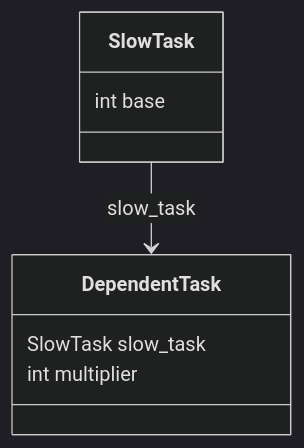
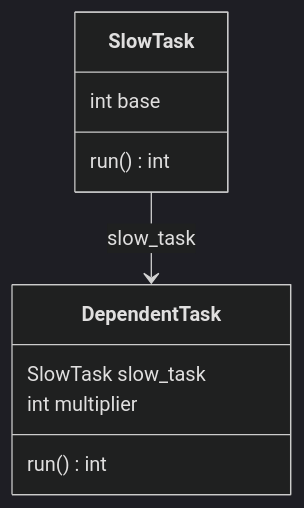
Before and after one commit to ben-denham/labtech: the diagram in README.md, drawn with Mermaid (dark theme). The commit also changed other lines of this file and 3 other files, not shown here.

Commit message:
Add run method with return type to diagrams.

````diff
--- a/README.md
+++ b/README.md
@@ -164,14 +164,16 @@
 ```mermaid
 classDiagram
     direction BT
 
     class DependentTask
     DependentTask : SlowTask slow_task
     DependentTask : int multiplier
+    DependentTask : run() int
 
     class SlowTask
     SlowTask : int base
+    SlowTask : run() int
 
 
     DependentTask <-- SlowTask: slow_task
 ```
````
